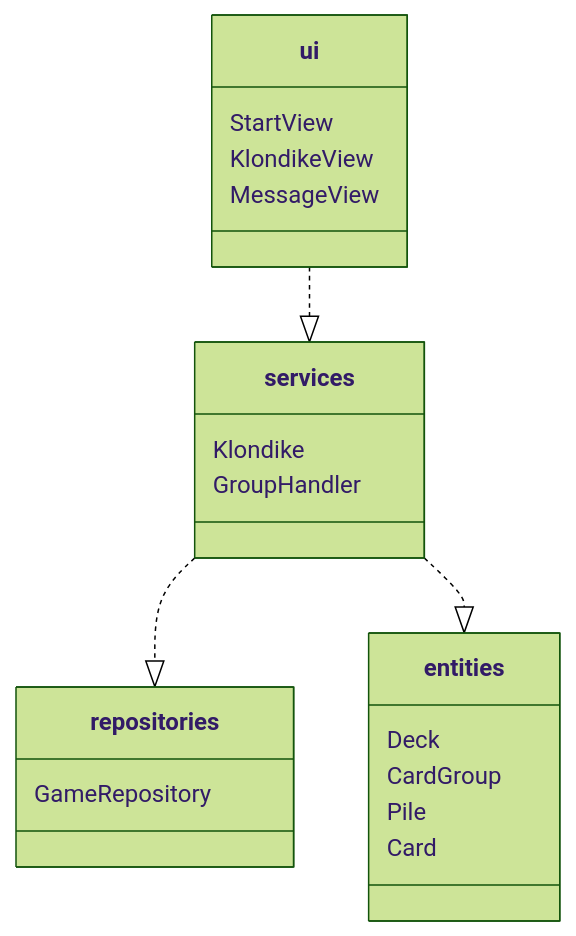
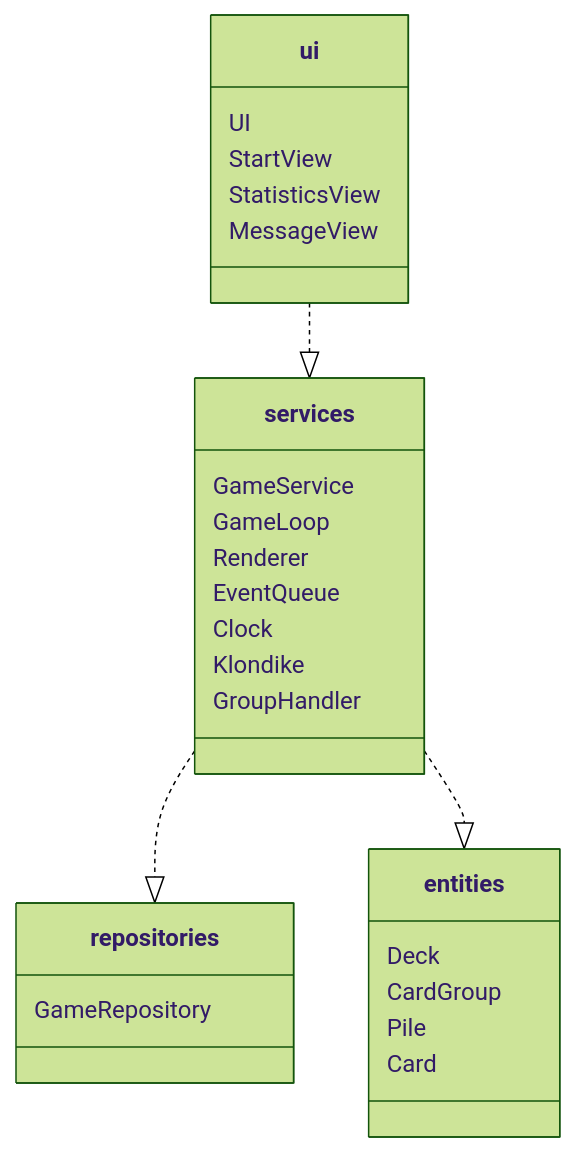
One commit to pankalai/ot-harjoitustyo changed the first of 5 diagrams in pasianssi-app/dokumentaatio/arkkitehtuuri.md. Above: the diagram before and after it, drawn with Mermaid (forest theme). The commit also changed other lines of this file and 59 other files, not shown here.

````diff
--- a/pasianssi-app/dokumentaatio/arkkitehtuuri.md
+++ b/pasianssi-app/dokumentaatio/arkkitehtuuri.md
@@ -77,25 +7,31 @@
 ```mermaid
  classDiagram
    ui ..|> services
    services ..|> repositories
    services ..|> entities
 
     class ui{
+        UI
         StartView
-        KlondikeView
+        StatisticsView
         MessageView
     }
     class services{
+        GameService
+        GameLoop
+        Renderer
+        EventQueue
+        Clock
         Klondike
-       GroupHandler
+        GroupHandler
     }
     class repositories{
         GameRepository
     }
     class entities{
         Deck
         CardGroup
         Pile
         Card
     }
 ```
````
